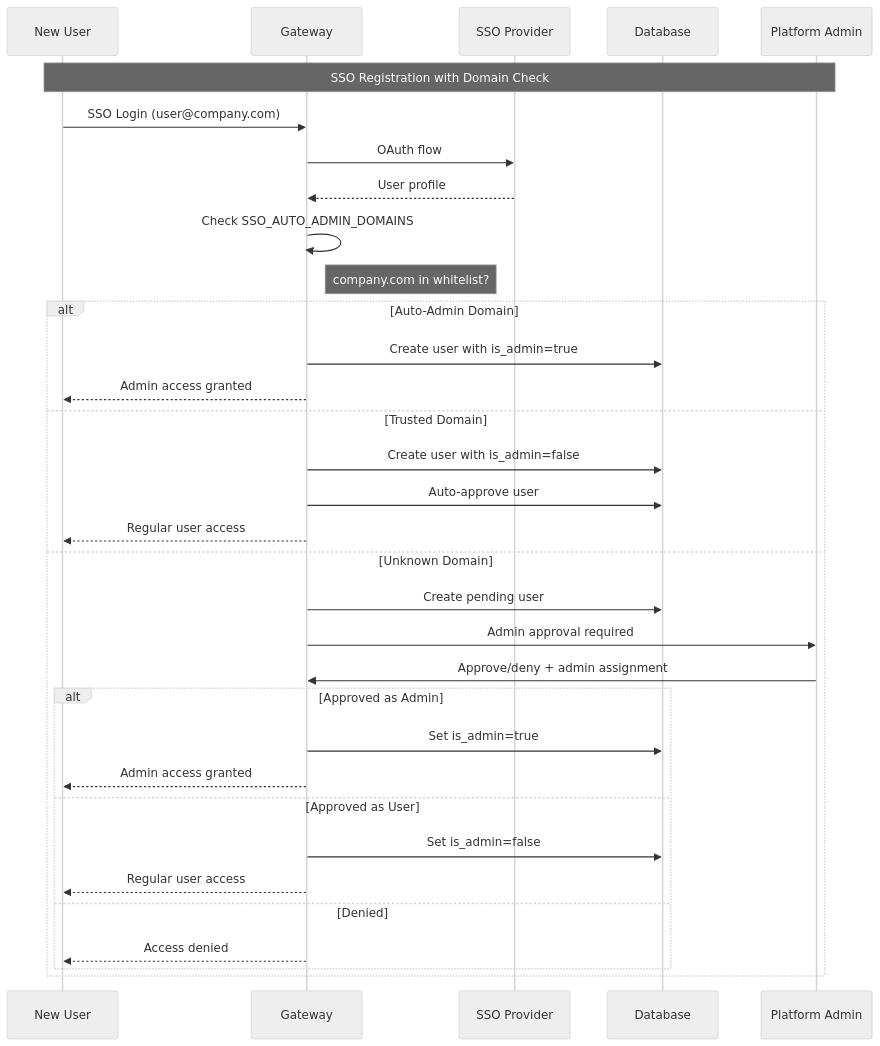
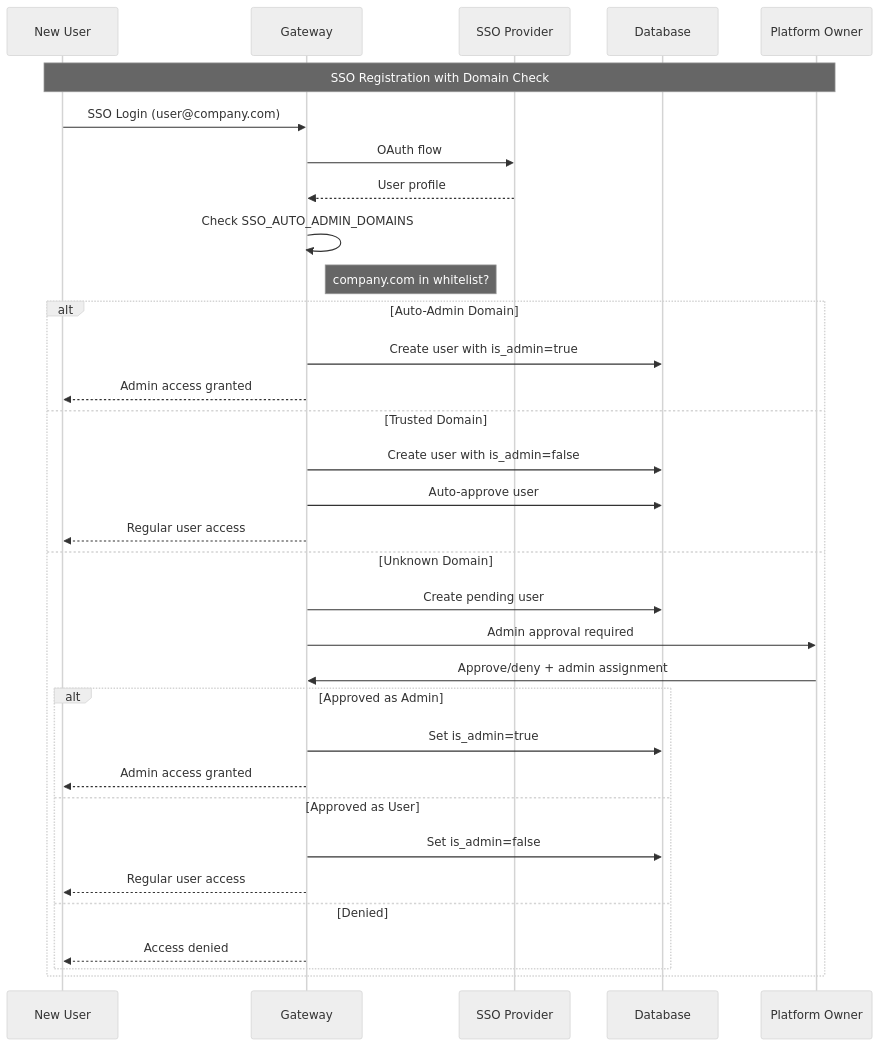
One commit to brian-hussey/mcp-context-forge changed the tenth of 16 diagrams in docs/docs/architecture/multitenancy.md. Above: the diagram before and after it, drawn with Mermaid (neutral theme). The commit also changed other lines of this file and 46 other files, not shown here.

Commit message:
Use platform_owner instead of platform_admin Signed-off-by: Madhav Kandukuri <madhav165@gmail.com>

````diff
--- a/docs/docs/architecture/multitenancy.md
+++ b/docs/docs/architecture/multitenancy.md
@@ -560,38 +560,38 @@
 ```mermaid
 sequenceDiagram
     participant U as New User
     participant G as Gateway
     participant SSO as SSO Provider
     participant DB as Database
-    participant A as Platform Admin
+    participant A as Platform Owner
 
     Note over U,A: SSO Registration with Domain Check
     U->>G: SSO Login (user@company.com)
     G->>SSO: OAuth flow
     SSO-->>G: User profile
 
     G->>G: Check SSO_AUTO_ADMIN_DOMAINS
     Note right of G: company.com in whitelist?
 
     alt Auto-Admin Domain
         G->>DB: Create user with is_admin=true
         G-->>U: Admin access granted
     else Trusted Domain
         G->>DB: Create user with is_admin=false
         G->>DB: Auto-approve user
         G-->>U: Regular user access
     else Unknown Domain
         G->>DB: Create pending user
         G->>A: Admin approval required
         A->>G: Approve/deny + admin assignment
         alt Approved as Admin
             G->>DB: Set is_admin=true
             G-->>U: Admin access granted
         else Approved as User
             G->>DB: Set is_admin=false
             G-->>U: Regular user access
         else Denied
             G-->>U: Access denied
         end
     end
 ```
````
